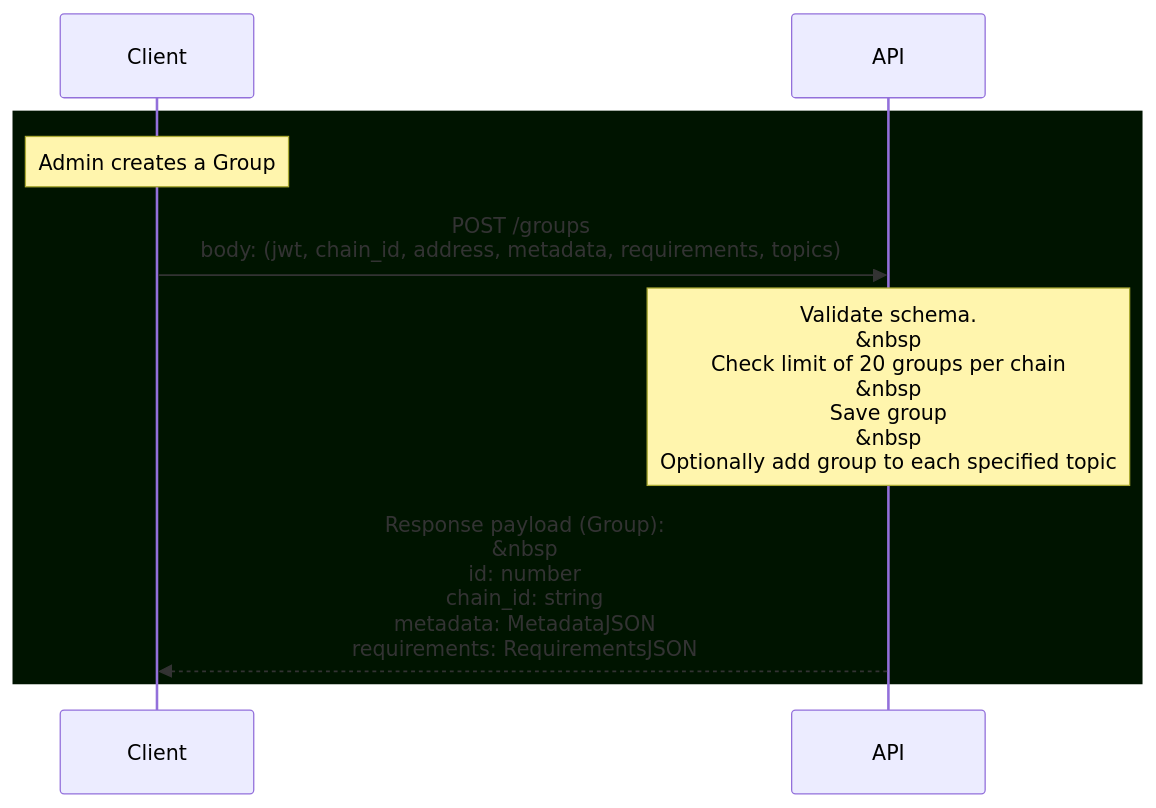
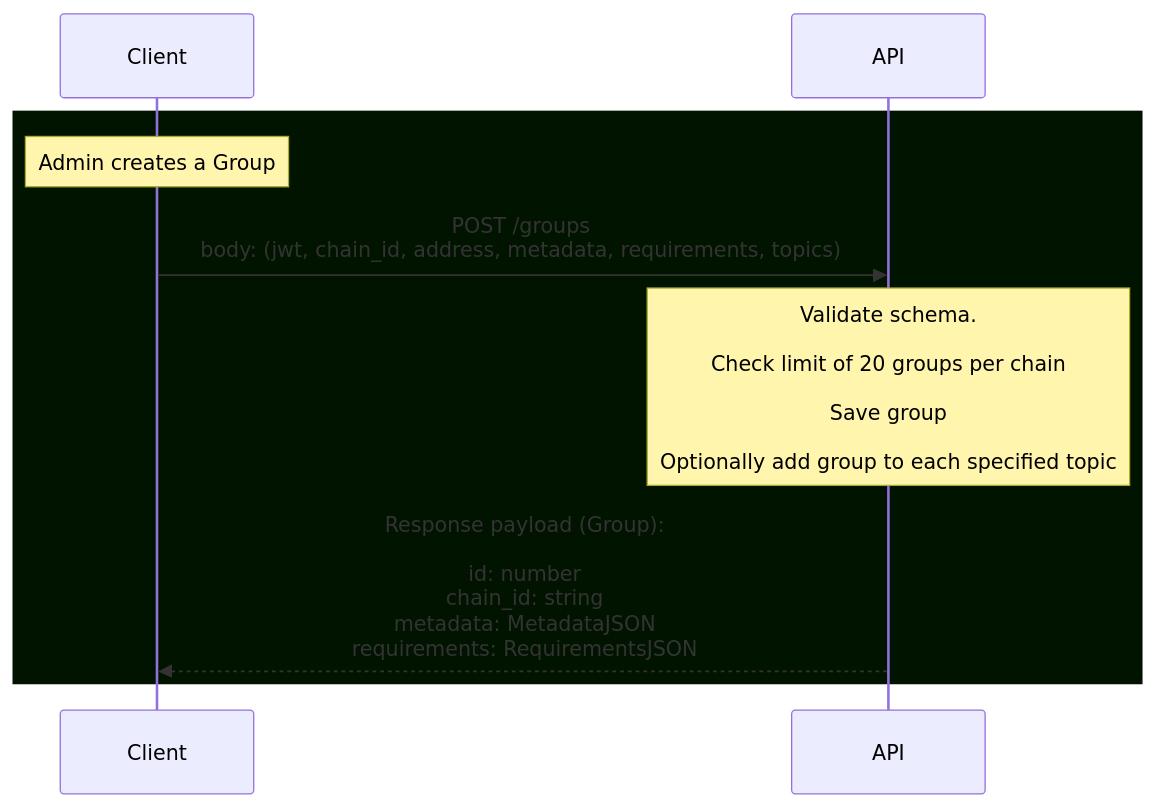
Before and after one commit to hicommonwealth/commonwealth: the third of 5 diagrams in knowledge_base/Groups.md, drawn with Mermaid. The commit also changed other lines of this file, not shown here.

Commit message:
Update Mermaid line break syntax

````diff
--- a/knowledge_base/Groups.md
+++ b/knowledge_base/Groups.md
@@ -56,15 +56,15 @@
 ```mermaid
 sequenceDiagram
 
   rect rgb(0, 20, 0)
 
   Note over Client: Admin creates a Group
 
-  Client->>API: POST /groups <br/> body: (jwt, chain_id, address, metadata, requirements, topics)
+  Client->>API: POST /groups <br> body: (jwt, chain_id, address, metadata, requirements, topics)
 
-  Note over API: Validate schema. <br/> &nbsp <br/> Check limit of 20 groups per chain <br/> &nbsp <br/> Save group <br/> &nbsp <br/> Optionally add group to each specified topic
+  Note over API: Validate schema. <br><br> Check limit of 20 groups per chain <br><br> Save group <br><br> Optionally add group to each specified topic
 
-  API-->>Client: Response payload (Group): <br/> &nbsp <br/> id: number <br/> chain_id: string <br/> metadata: MetadataJSON <br/> requirements: RequirementsJSON
+  API-->>Client: Response payload (Group): <br><br> id: number <br> chain_id: string <br> metadata: MetadataJSON <br> requirements: RequirementsJSON
 
   end
 ```
````
